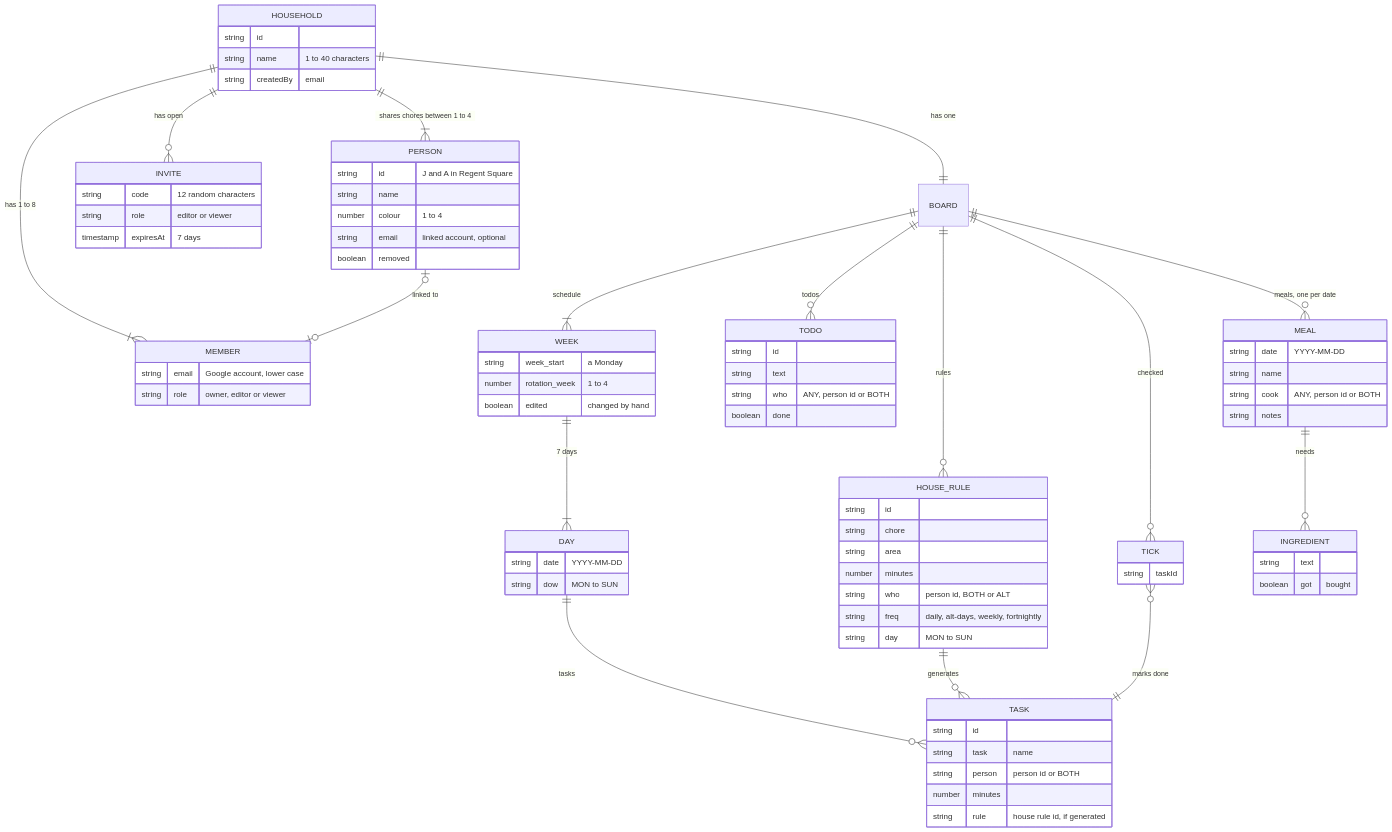
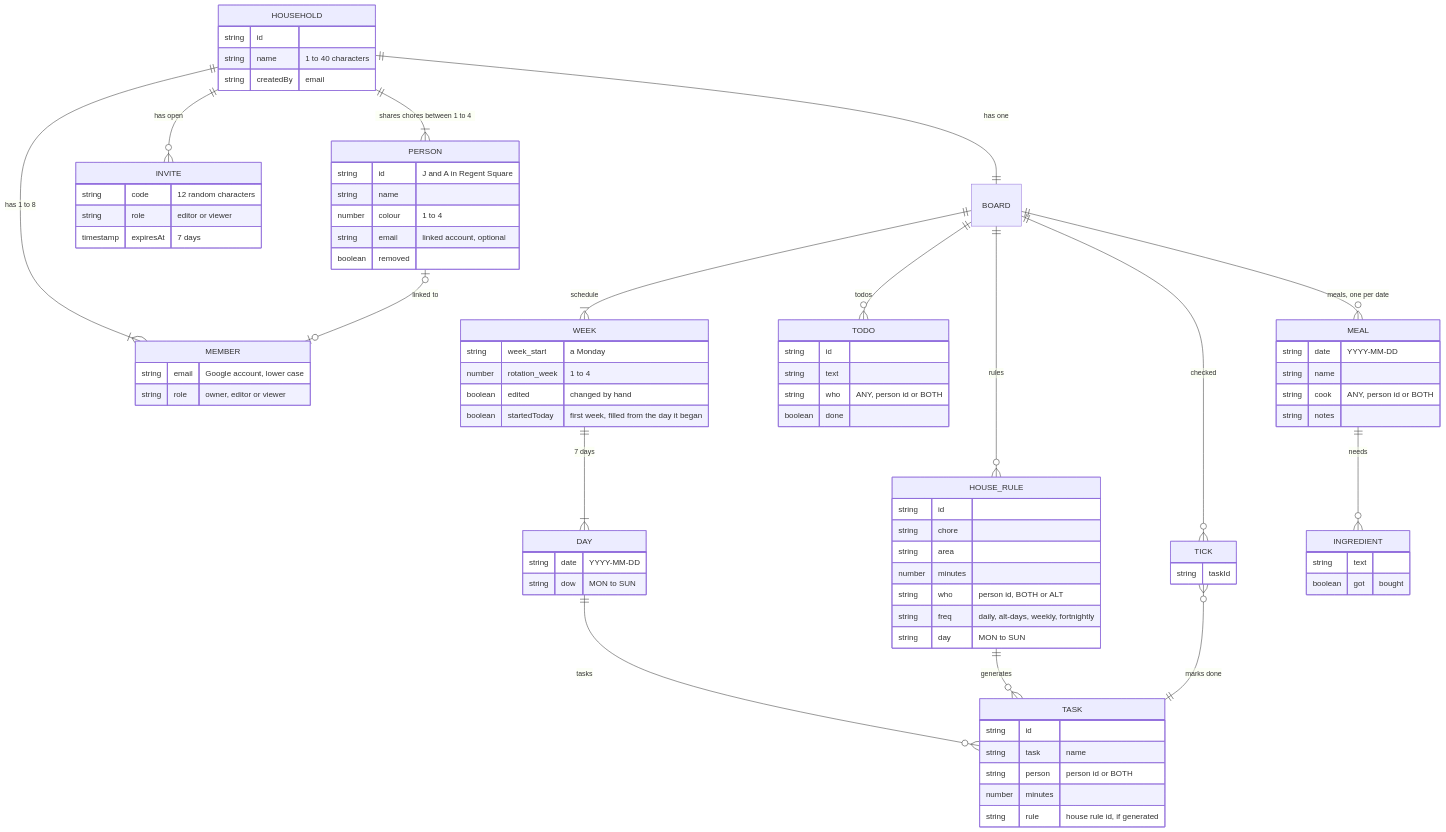
Before and after one commit to JA97Dev/JamritChores: the second of 3 diagrams in docs/ARCHITECTURE.md, drawn with Mermaid. The commit also changed other lines of this file and 1 other file, not shown here.

First line of the commit message:
Help a new household get started

```diff
--- a/docs/ARCHITECTURE.md
+++ b/docs/ARCHITECTURE.md
@@ -158,6 +158,7 @@
     string week_start "a Monday"
     number rotation_week "1 to 4"
     boolean edited "changed by hand"
+    boolean startedToday "first week, filled from the day it began"
   }
   DAY {
     string date "YYYY-MM-DD"
```
